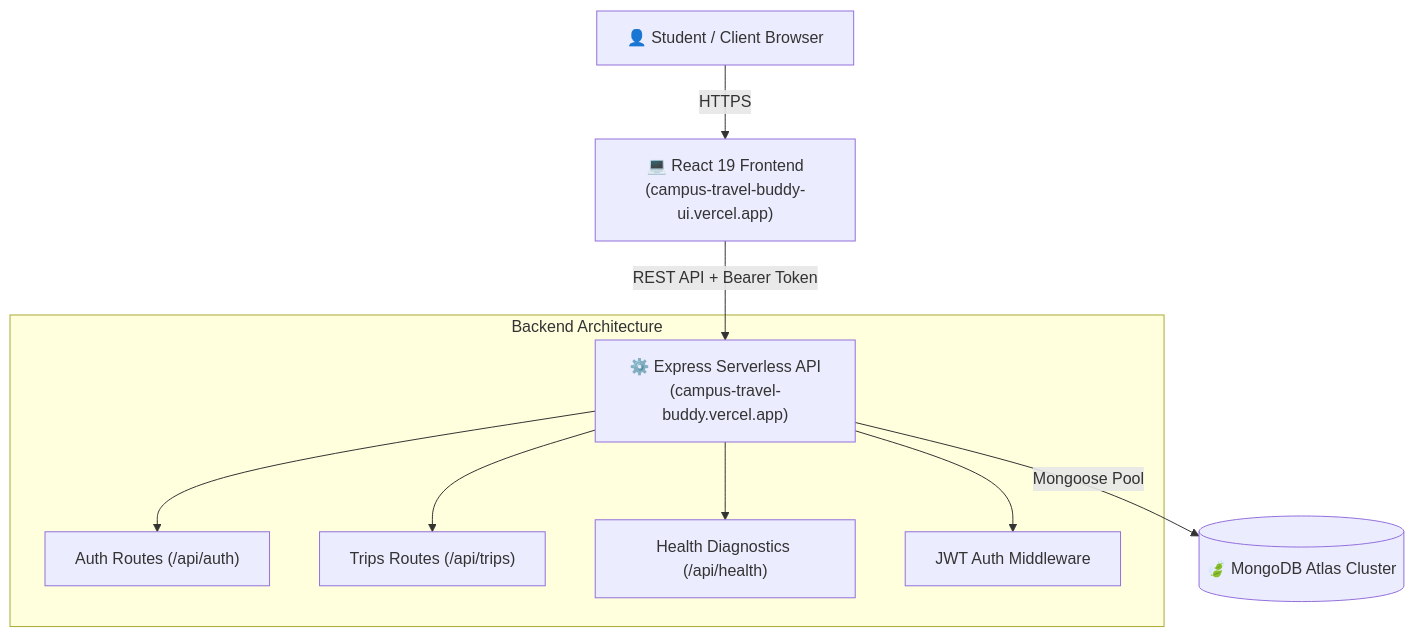
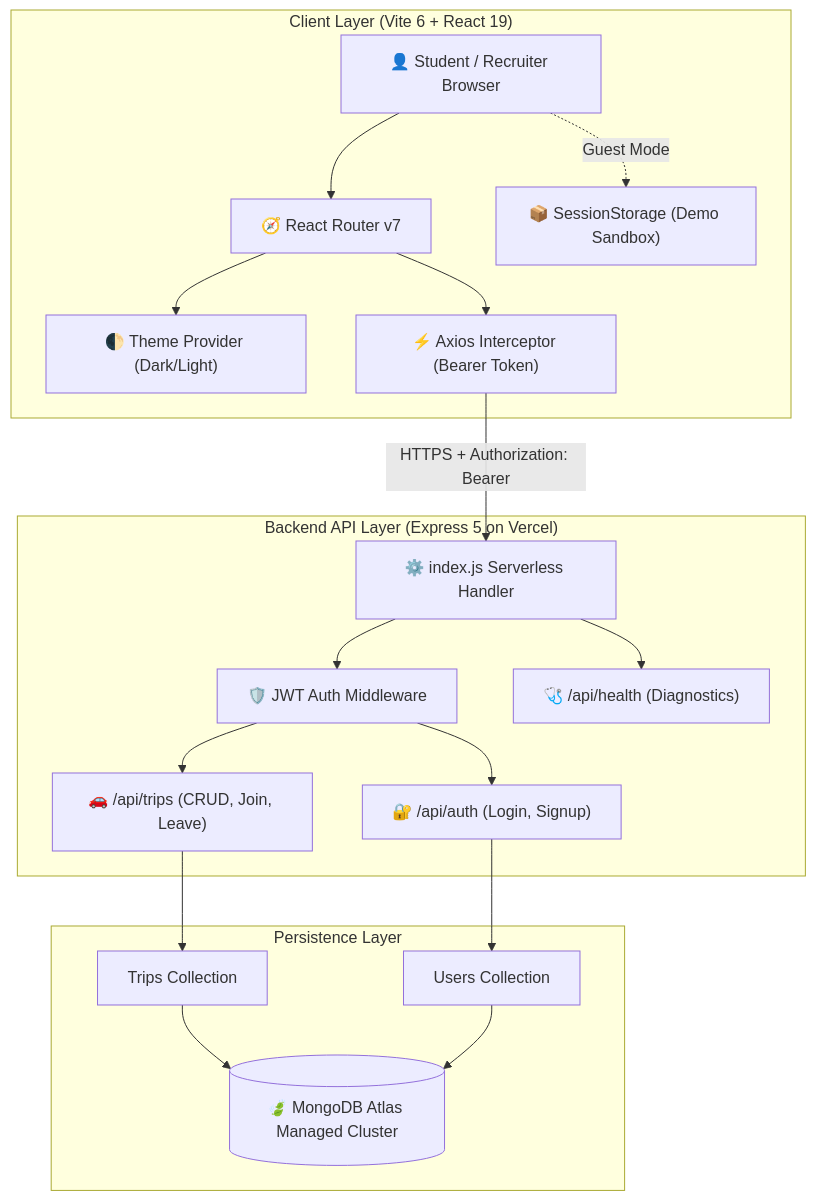
Before and after one commit to Harsh007engineering/Campus-Travel-Buddy: the diagram in README.md, drawn with Mermaid. The commit also changed other lines of this file and 1 other file, not shown here.

Commit message:
docs: add comprehensive recruiter-ready README and project description with full architecture and feature breakdown

````diff
--- a/README.md
+++ b/README.md
@@ -78,14 +92,40 @@
 ```mermaid
 flowchart TD
-    User["👤 Student / Client Browser"] -->|HTTPS| Frontend["💻 React 19 Frontend<br/>(campus-travel-buddy-ui.vercel.app)"]
-    Frontend -->|REST API + Bearer Token| Backend["⚙️ Express Serverless API<br/>(campus-travel-buddy.vercel.app)"]
-    
-    subgraph Backend_Layer ["Backend Architecture"]
-        Backend --> AuthRouter["Auth Routes (/api/auth)"]
-        Backend --> TripsRouter["Trips Routes (/api/trips)"]
-        Backend --> HealthRouter["Health Diagnostics (/api/health)"]
-        Backend --> AuthMiddleware["JWT Auth Middleware"]
+    subgraph Client ["Client Layer (Vite 6 + React 19)"]
+        Browser["👤 Student / Recruiter Browser"]
+        Theme["🌓 Theme Provider (Dark/Light)"]
+        Router["🧭 React Router v7"]
+        Axios["⚡ Axios Interceptor (Bearer Token)"]
+        GuestStore["📦 SessionStorage (Demo Sandbox)"]
     end
 
-    Backend -->|Mongoose Pool| MongoDB[("🍃 MongoDB Atlas Cluster")]
+    subgraph ServerlessAPI ["Backend API Layer (Express 5 on Vercel)"]
+        Server["⚙️ index.js Serverless Handler"]
+        AuthMiddleware["🛡️ JWT Auth Middleware"]
+        AuthRoutes["🔐 /api/auth (Login, Signup)"]
+        TripRoutes["🚗 /api/trips (CRUD, Join, Leave)"]
+        HealthRoutes["🩺 /api/health (Diagnostics)"]
+    end
+
+    subgraph Database ["Persistence Layer"]
+        Atlas[("🍃 MongoDB Atlas Managed Cluster")]
+        UserColl["Users Collection"]
+        TripColl["Trips Collection"]
+    end
+
+    Browser --> Router
+    Router --> Theme
+    Router --> Axios
+    Browser -.->|Guest Mode| GuestStore
+
+    Axios -->|HTTPS + Authorization: Bearer| Server
+    Server --> AuthMiddleware
+    AuthMiddleware --> AuthRoutes
+    AuthMiddleware --> TripRoutes
+    Server --> HealthRoutes
+
+    AuthRoutes --> UserColl
+    TripRoutes --> TripColl
+    TripColl --> Atlas
+    UserColl --> Atlas
 ```
````
